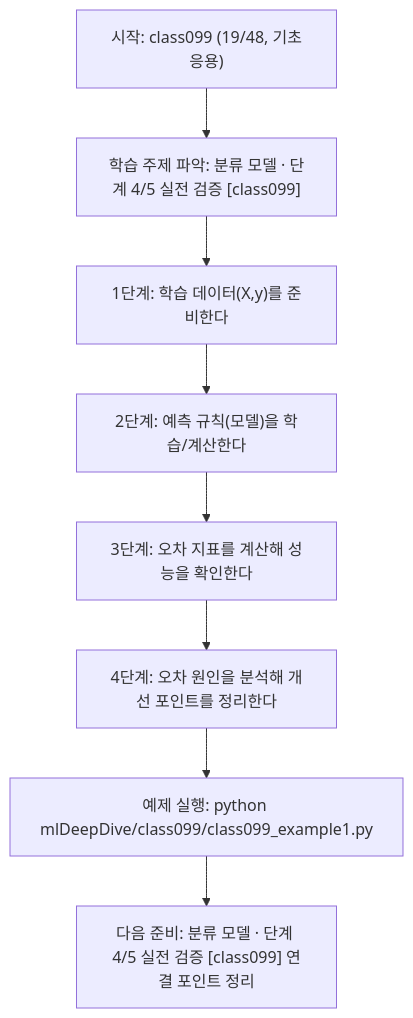
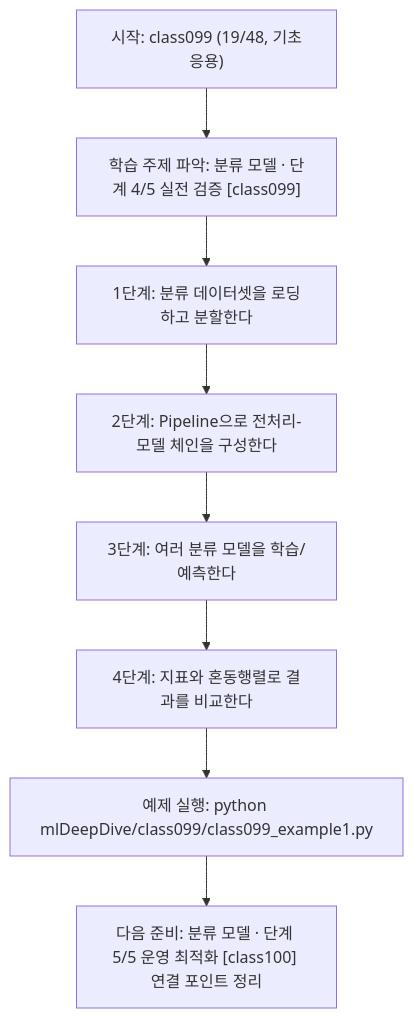
Before and after one commit to edumgt/Python-AI_Agent-Class: the diagram in mlDeepDive/class099/class099.md, drawn with Mermaid. The commit also changed other lines of this file and 338 other files, not shown here.

````diff
--- a/mlDeepDive/class099/class099.md
+++ b/mlDeepDive/class099/class099.md
@@ -109,18 +91,18 @@
 ```mermaid
 flowchart TD
 N1["시작: class099 (19/48, 기초응용)"]
 N2["학습 주제 파악: 분류 모델 · 단계 4/5 실전 검증 [class099]"]
-N3["1단계: 학습 데이터(X,y)를 준비한다"]
-N4["2단계: 예측 규칙(모델)을 학습/계산한다"]
-N5["3단계: 오차 지표를 계산해 성능을 확인한다"]
-N6["4단계: 오차 원인을 분석해 개선 포인트를 정리한다"]
+N3["1단계: 분류 데이터셋을 로딩하고 분할한다"]
+N4["2단계: Pipeline으로 전처리-모델 체인을 구성한다"]
+N5["3단계: 여러 분류 모델을 학습/예측한다"]
+N6["4단계: 지표와 혼동행렬로 결과를 비교한다"]
 N7["예제 실행: python mlDeepDive/class099/class099_example1.py"]
-N8["다음 준비: 분류 모델 · 단계 4/5 실전 검증 [class099] 연결 포인트 정리"]
+N8["다음 준비: 분류 모델 · 단계 5/5 운영 최적화 [class100] 연결 포인트 정리"]
 N1 --> N2
 N2 --> N3
 N3 --> N4
 N4 --> N5
 N5 --> N6
 N6 --> N7
 N7 --> N8
 ```
````
